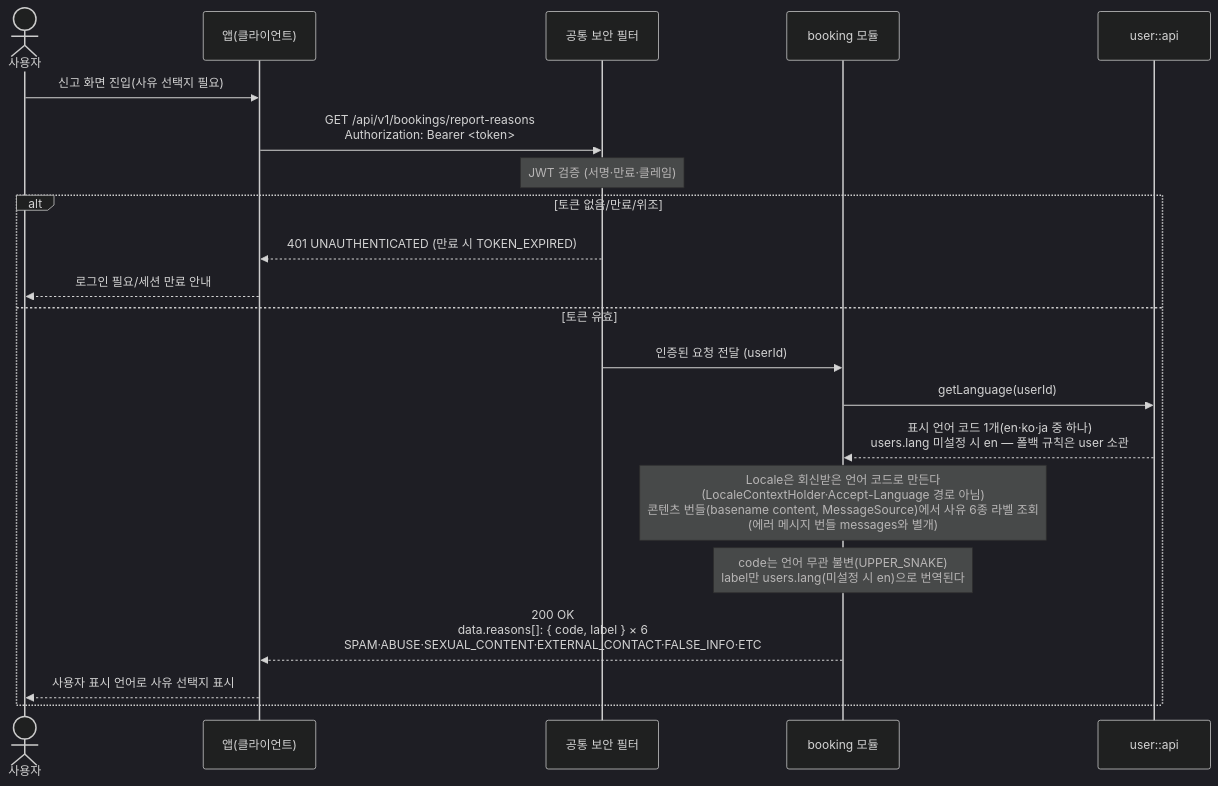
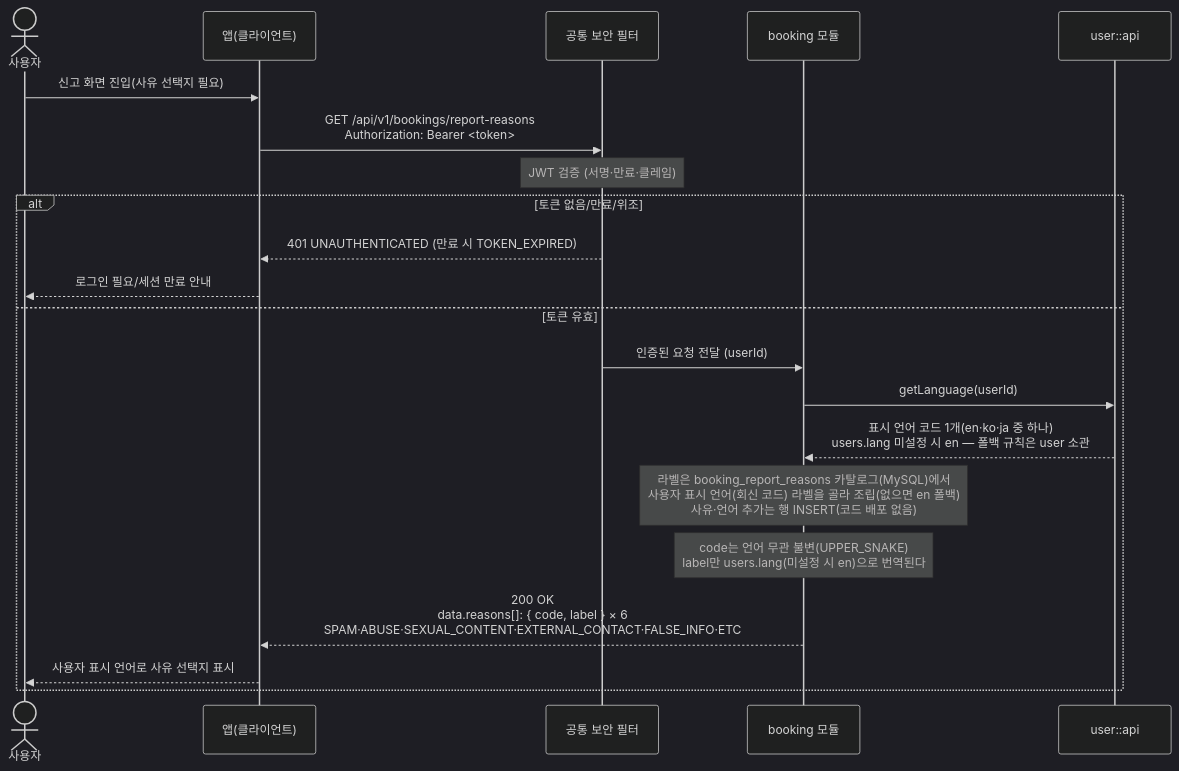
One commit to jameskim9509/Kohere-backend changed the second of 2 diagrams in docs/architecture/sequence-diagrams/04-booking-inquiry-chat/us-4-9-booking-report.md. Above: the diagram before and after it, drawn with Mermaid (dark theme). The commit also changed other lines of this file and 5 other files, not shown here.

First line of the commit message:
docs(booking): 예약 신고 사유를 MySQL 카탈로그로 전환 반영

````diff
--- a/docs/architecture/sequence-diagrams/04-booking-inquiry-chat/us-4-9-booking-report.md
+++ b/docs/architecture/sequence-diagrams/04-booking-inquiry-chat/us-4-9-booking-report.md
@@ -53,25 +53,25 @@
 ```mermaid
 sequenceDiagram
     actor U as 사용자
     participant C as 앱(클라이언트)
     participant SEC as 공통 보안 필터
     participant BOOK as booking 모듈
     participant USER as user::api
 
     U->>C: 신고 화면 진입(사유 선택지 필요)
     C->>SEC: GET /api/v1/bookings/report-reasons<br/>Authorization: Bearer <token>
     Note over SEC: JWT 검증 (서명·만료·클레임)
 
     alt 토큰 없음/만료/위조
         SEC-->>C: 401 UNAUTHENTICATED (만료 시 TOKEN_EXPIRED)
         C-->>U: 로그인 필요/세션 만료 안내
     else 토큰 유효
         SEC->>BOOK: 인증된 요청 전달 (userId)
         BOOK->>USER: getLanguage(userId)
         USER-->>BOOK: 표시 언어 코드 1개(en·ko·ja 중 하나)<br/>users.lang 미설정 시 en — 폴백 규칙은 user 소관
-        Note over BOOK: Locale은 회신받은 언어 코드로 만든다<br/>(LocaleContextHolder·Accept-Language 경로 아님)<br/>콘텐츠 번들(basename content, MessageSource)에서 사유 6종 라벨 조회<br/>(에러 메시지 번들 messages와 별개)
+        Note over BOOK: 라벨은 booking_report_reasons 카탈로그(MySQL)에서<br/>사용자 표시 언어(회신 코드) 라벨을 골라 조립(없으면 en 폴백)<br/>사유·언어 추가는 행 INSERT(코드 배포 없음)
         Note over BOOK: code는 언어 무관 불변(UPPER_SNAKE)<br/>label만 users.lang(미설정 시 en)으로 번역된다
         BOOK-->>C: 200 OK<br/>data.reasons[]: { code, label } × 6<br/>SPAM·ABUSE·SEXUAL_CONTENT·EXTERNAL_CONTACT·FALSE_INFO·ETC
         C-->>U: 사용자 표시 언어로 사유 선택지 표시
     end
 ```
````
